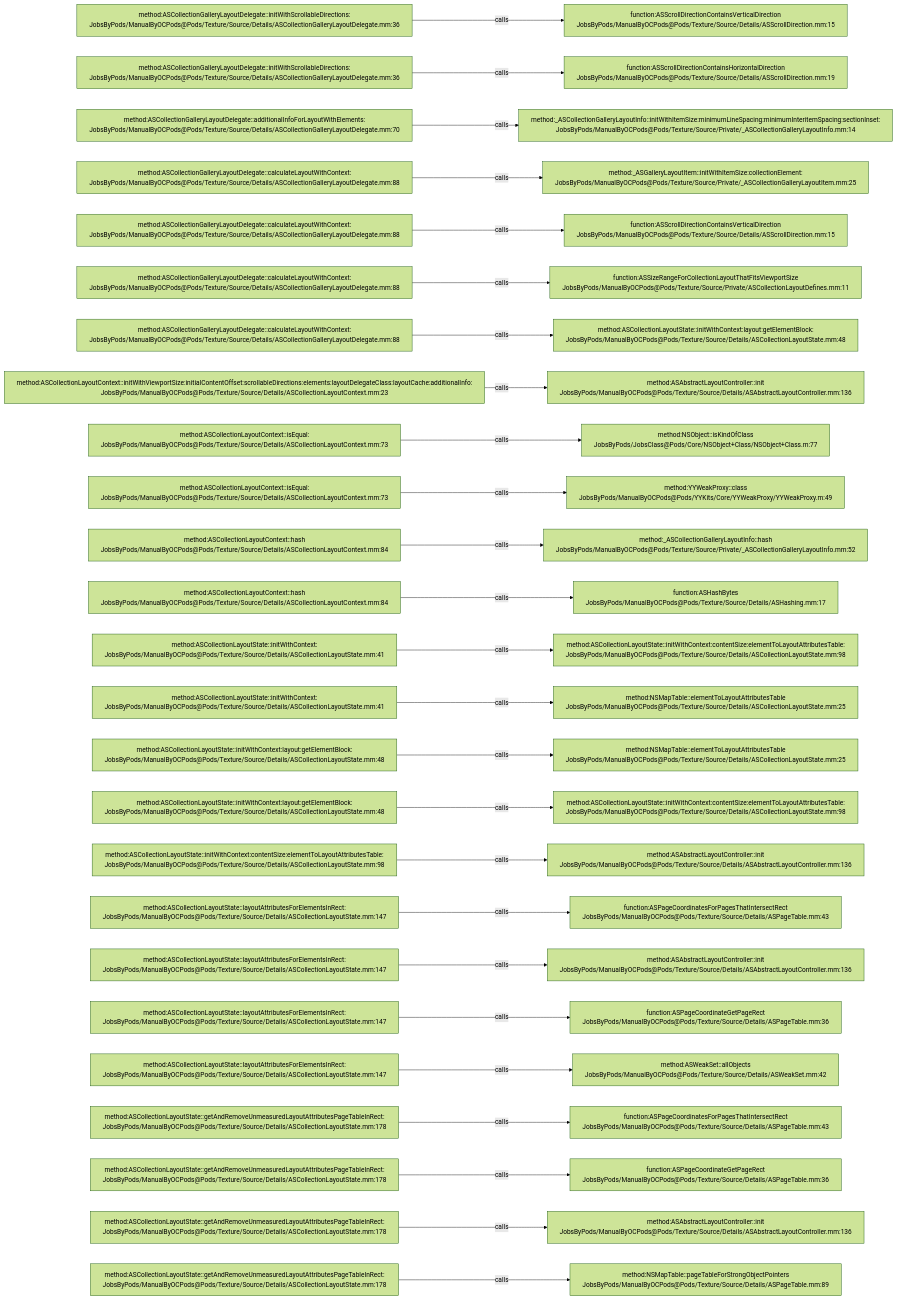
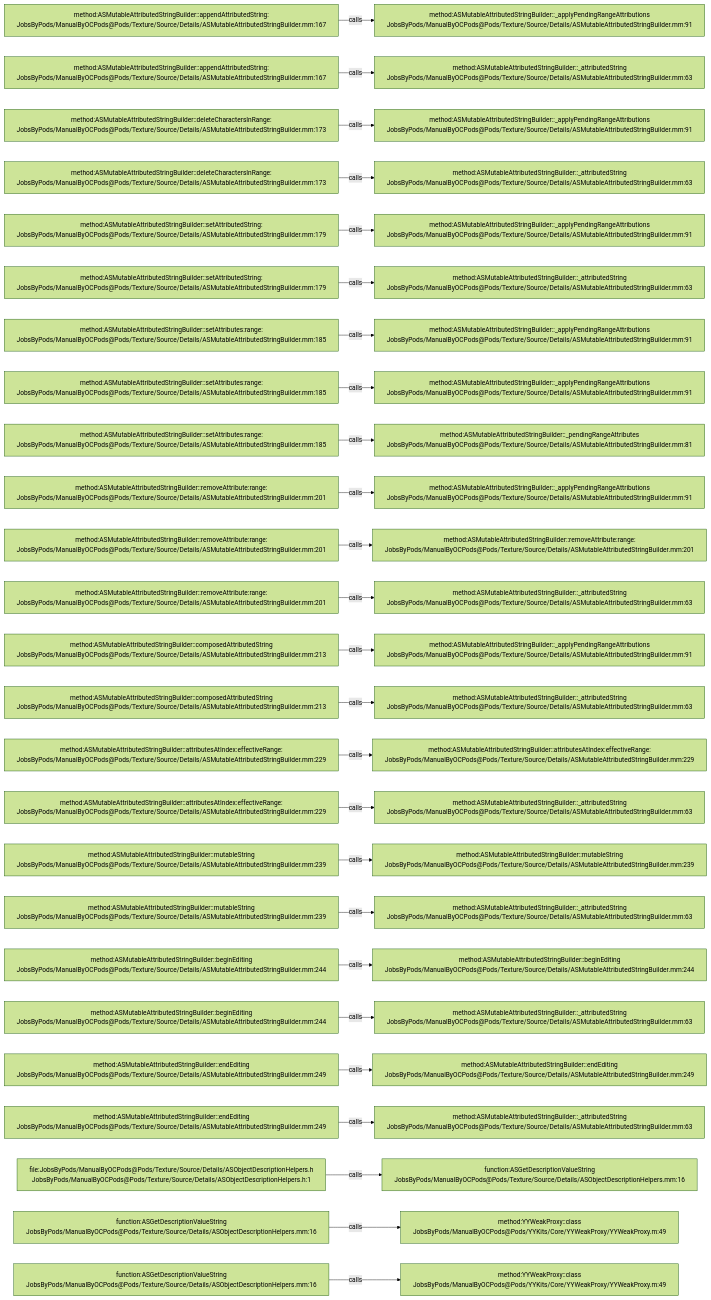
The diagram in .codegraph/codegraph.md/graphs/calls-144.md (JobsKits/JobsOCBaseConfigDemo), drawn with Mermaid (forest theme) before and after one commit. The commit also changed 2723 other files, not shown here.

````diff
--- a/.codegraph/codegraph.md/graphs/calls-144.md
+++ b/.codegraph/codegraph.md/graphs/calls-144.md
@@ -13,78 +13,78 @@
 ```mermaid
 flowchart LR
-  S1["method:ASCollectionGalleryLayoutDelegate::initWithScrollableDirections:<br/>JobsByPods/ManualByOCPods@Pods/Texture/Source/Details/ASCollectionGalleryLayoutDelegate.mm:36"]
-  T1["function:ASScrollDirectionContainsVerticalDirection<br/>JobsByPods/ManualByOCPods@Pods/Texture/Source/Details/ASScrollDirection.mm:15"]
+  S1["method:ASMutableAttributedStringBuilder::appendAttributedString:<br/>JobsByPods/ManualByOCPods@Pods/Texture/Source/Details/ASMutableAttributedStringBuilder.mm:167"]
+  T1["method:ASMutableAttributedStringBuilder::_applyPendingRangeAttributions<br/>JobsByPods/ManualByOCPods@Pods/Texture/Source/Details/ASMutableAttributedStringBuilder.mm:91"]
   S1 -->|calls| T1
-  S2["method:ASCollectionGalleryLayoutDelegate::initWithScrollableDirections:<br/>JobsByPods/ManualByOCPods@Pods/Texture/Source/Details/ASCollectionGalleryLayoutDelegate.mm:36"]
-  T2["function:ASScrollDirectionContainsHorizontalDirection<br/>JobsByPods/ManualByOCPods@Pods/Texture/Source/Details/ASScrollDirection.mm:19"]
+  S2["method:ASMutableAttributedStringBuilder::appendAttributedString:<br/>JobsByPods/ManualByOCPods@Pods/Texture/Source/Details/ASMutableAttributedStringBuilder.mm:167"]
+  T2["method:ASMutableAttributedStringBuilder::_attributedString<br/>JobsByPods/ManualByOCPods@Pods/Texture/Source/Details/ASMutableAttributedStringBuilder.mm:63"]
   S2 -->|calls| T2
-  S3["method:ASCollectionGalleryLayoutDelegate::additionalInfoForLayoutWithElements:<br/>JobsByPods/ManualByOCPods@Pods/Texture/Source/Details/ASCollectionGalleryLayoutDelegate.mm:70"]
-  T3["method:_ASCollectionGalleryLayoutInfo::initWithItemSize:minimumLineSpacing:minimumInteritemSpacing:sectionInset:<br/>JobsByPods/ManualByOCPods@Pods/Texture/Source/Private/_ASCollectionGalleryLayoutInfo.mm:14"]
+  S3["method:ASMutableAttributedStringBuilder::deleteCharactersInRange:<br/>JobsByPods/ManualByOCPods@Pods/Texture/Source/Details/ASMutableAttributedStringBuilder.mm:173"]
+  T3["method:ASMutableAttributedStringBuilder::_applyPendingRangeAttributions<br/>JobsByPods/ManualByOCPods@Pods/Texture/Source/Details/ASMutableAttributedStringBuilder.mm:91"]
   S3 -->|calls| T3
-  S4["method:ASCollectionGalleryLayoutDelegate::calculateLayoutWithContext:<br/>JobsByPods/ManualByOCPods@Pods/Texture/Source/Details/ASCollectionGalleryLayoutDelegate.mm:88"]
-  T4["method:_ASGalleryLayoutItem::initWithItemSize:collectionElement:<br/>JobsByPods/ManualByOCPods@Pods/Texture/Source/Private/_ASCollectionGalleryLayoutItem.mm:25"]
+  S4["method:ASMutableAttributedStringBuilder::deleteCharactersInRange:<br/>JobsByPods/ManualByOCPods@Pods/Texture/Source/Details/ASMutableAttributedStringBuilder.mm:173"]
+  T4["method:ASMutableAttributedStringBuilder::_attributedString<br/>JobsByPods/ManualByOCPods@Pods/Texture/Source/Details/ASMutableAttributedStringBuilder.mm:63"]
   S4 -->|calls| T4
-  S5["method:ASCollectionGalleryLayoutDelegate::calculateLayoutWithContext:<br/>JobsByPods/ManualByOCPods@Pods/Texture/Source/Details/ASCollectionGalleryLayoutDelegate.mm:88"]
-  T5["function:ASScrollDirectionContainsVerticalDirection<br/>JobsByPods/ManualByOCPods@Pods/Texture/Source/Details/ASScrollDirection.mm:15"]
+  S5["method:ASMutableAttributedStringBuilder::setAttributedString:<br/>JobsByPods/ManualByOCPods@Pods/Texture/Source/Details/ASMutableAttributedStringBuilder.mm:179"]
+  T5["method:ASMutableAttributedStringBuilder::_applyPendingRangeAttributions<br/>JobsByPods/ManualByOCPods@Pods/Texture/Source/Details/ASMutableAttributedStringBuilder.mm:91"]
   S5 -->|calls| T5
-  S6["method:ASCollectionGalleryLayoutDelegate::calculateLayoutWithContext:<br/>JobsByPods/ManualByOCPods@Pods/Texture/Source/Details/ASCollectionGalleryLayoutDelegate.mm:88"]
-  T6["function:ASSizeRangeForCollectionLayoutThatFitsViewportSize<br/>JobsByPods/ManualByOCPods@Pods/Texture/Source/Private/ASCollectionLayoutDefines.mm:11"]
+  S6["method:ASMutableAttributedStringBuilder::setAttributedString:<br/>JobsByPods/ManualByOCPods@Pods/Texture/Source/Details/ASMutableAttributedStringBuilder.mm:179"]
+  T6["method:ASMutableAttributedStringBuilder::_attributedString<br/>JobsByPods/ManualByOCPods@Pods/Texture/Source/Details/ASMutableAttributedStringBuilder.mm:63"]
   S6 -->|calls| T6
-  S7["method:ASCollectionGalleryLayoutDelegate::calculateLayoutWithContext:<br/>JobsByPods/ManualByOCPods@Pods/Texture/Source/Details/ASCollectionGalleryLayoutDelegate.mm:88"]
-  T7["method:ASCollectionLayoutState::initWithContext:layout:getElementBlock:<br/>JobsByPods/ManualByOCPods@Pods/Texture/Source/Details/ASCollectionLayoutState.mm:48"]
+  S7["method:ASMutableAttributedStringBuilder::setAttributes:range:<br/>JobsByPods/ManualByOCPods@Pods/Texture/Source/Details/ASMutableAttributedStringBuilder.mm:185"]
+  T7["method:ASMutableAttributedStringBuilder::_applyPendingRangeAttributions<br/>JobsByPods/ManualByOCPods@Pods/Texture/Source/Details/ASMutableAttributedStringBuilder.mm:91"]
   S7 -->|calls| T7
-  S8["method:ASCollectionLayoutContext::initWithViewportSize:initialContentOffset:scrollableDirections:elements:layoutDelegateClass:layoutCache:additionalInfo:<br/>JobsByPods/ManualByOCPods@Pods/Texture/Source/Details/ASCollectionLayoutContext.mm:23"]
-  T8["method:ASAbstractLayoutController::init<br/>JobsByPods/ManualByOCPods@Pods/Texture/Source/Details/ASAbstractLayoutController.mm:136"]
+  S8["method:ASMutableAttributedStringBuilder::setAttributes:range:<br/>JobsByPods/ManualByOCPods@Pods/Texture/Source/Details/ASMutableAttributedStringBuilder.mm:185"]
+  T8["method:ASMutableAttributedStringBuilder::_applyPendingRangeAttributions<br/>JobsByPods/ManualByOCPods@Pods/Texture/Source/Details/ASMutableAttributedStringBuilder.mm:91"]
   S8 -->|calls| T8
-  S9["method:ASCollectionLayoutContext::isEqual:<br/>JobsByPods/ManualByOCPods@Pods/Texture/Source/Details/ASCollectionLayoutContext.mm:73"]
-  T9["method:NSObject::isKindOfClass<br/>JobsByPods/JobsClass@Pods/Core/NSObject+Class/NSObject+Class.m:77"]
+  S9["method:ASMutableAttributedStringBuilder::setAttributes:range:<br/>JobsByPods/ManualByOCPods@Pods/Texture/Source/Details/ASMutableAttributedStringBuilder.mm:185"]
+  T9["method:ASMutableAttributedStringBuilder::_pendingRangeAttributes<br/>JobsByPods/ManualByOCPods@Pods/Texture/Source/Details/ASMutableAttributedStringBuilder.mm:81"]
   S9 -->|calls| T9
-  S10["method:ASCollectionLayoutContext::isEqual:<br/>JobsByPods/ManualByOCPods@Pods/Texture/Source/Details/ASCollectionLayoutContext.mm:73"]
-  T10["method:YYWeakProxy::class<br/>JobsByPods/ManualByOCPods@Pods/YYKits/Core/YYWeakProxy/YYWeakProxy.m:49"]
+  S10["method:ASMutableAttributedStringBuilder::removeAttribute:range:<br/>JobsByPods/ManualByOCPods@Pods/Texture/Source/Details/ASMutableAttributedStringBuilder.mm:201"]
+  T10["method:ASMutableAttributedStringBuilder::_applyPendingRangeAttributions<br/>JobsByPods/ManualByOCPods@Pods/Texture/Source/Details/ASMutableAttributedStringBuilder.mm:91"]
   S10 -->|calls| T10
-  S11["method:ASCollectionLayoutContext::hash<br/>JobsByPods/ManualByOCPods@Pods/Texture/Source/Details/ASCollectionLayoutContext.mm:84"]
-  T11["method:_ASCollectionGalleryLayoutInfo::hash<br/>JobsByPods/ManualByOCPods@Pods/Texture/Source/Private/_ASCollectionGalleryLayoutInfo.mm:52"]
+  S11["method:ASMutableAttributedStringBuilder::removeAttribute:range:<br/>JobsByPods/ManualByOCPods@Pods/Texture/Source/Details/ASMutableAttributedStringBuilder.mm:201"]
+  T11["method:ASMutableAttributedStringBuilder::removeAttribute:range:<br/>JobsByPods/ManualByOCPods@Pods/Texture/Source/Details/ASMutableAttributedStringBuilder.mm:201"]
   S11 -->|calls| T11
-  S12["method:ASCollectionLayoutContext::hash<br/>JobsByPods/ManualByOCPods@Pods/Texture/Source/Details/ASCollectionLayoutContext.mm:84"]
-  T12["function:ASHashBytes<br/>JobsByPods/ManualByOCPods@Pods/Texture/Source/Details/ASHashing.mm:17"]
+  S12["method:ASMutableAttributedStringBuilder::removeAttribute:range:<br/>JobsByPods/ManualByOCPods@Pods/Texture/Source/Details/ASMutableAttributedStringBuilder.mm:201"]
+  T12["method:ASMutableAttributedStringBuilder::_attributedString<br/>JobsByPods/ManualByOCPods@Pods/Texture/Source/Details/ASMutableAttributedStringBuilder.mm:63"]
   S12 -->|calls| T12
-  S13["method:ASCollectionLayoutState::initWithContext:<br/>JobsByPods/ManualByOCPods@Pods/Texture/Source/Details/ASCollectionLayoutState.mm:41"]
-  T13["method:ASCollectionLayoutState::initWithContext:contentSize:elementToLayoutAttributesTable:<br/>JobsByPods/ManualByOCPods@Pods/Texture/Source/Details/ASCollectionLayoutState.mm:98"]
+  S13["method:ASMutableAttributedStringBuilder::composedAttributedString<br/>JobsByPods/ManualByOCPods@Pods/Texture/Source/Details/ASMutableAttributedStringBuilder.mm:213"]
+  T13["method:ASMutableAttributedStringBuilder::_applyPendingRangeAttributions<br/>JobsByPods/ManualByOCPods@Pods/Texture/Source/Details/ASMutableAttributedStringBuilder.mm:91"]
   S13 -->|calls| T13
-  S14["method:ASCollectionLayoutState::initWithContext:<br/>JobsByPods/ManualByOCPods@Pods/Texture/Source/Details/ASCollectionLayoutState.mm:41"]
-  T14["method:NSMapTable::elementToLayoutAttributesTable<br/>JobsByPods/ManualByOCPods@Pods/Texture/Source/Details/ASCollectionLayoutState.mm:25"]
+  S14["method:ASMutableAttributedStringBuilder::composedAttributedString<br/>JobsByPods/ManualByOCPods@Pods/Texture/Source/Details/ASMutableAttributedStringBuilder.mm:213"]
+  T14["method:ASMutableAttributedStringBuilder::_attributedString<br/>JobsByPods/ManualByOCPods@Pods/Texture/Source/Details/ASMutableAttributedStringBuilder.mm:63"]
   S14 -->|calls| T14
-  S15["method:ASCollectionLayoutState::initWithContext:layout:getElementBlock:<br/>JobsByPods/ManualByOCPods@Pods/Texture/Source/Details/ASCollectionLayoutState.mm:48"]
-  T15["method:NSMapTable::elementToLayoutAttributesTable<br/>JobsByPods/ManualByOCPods@Pods/Texture/Source/Details/ASCollectionLayoutState.mm:25"]
+  S15["method:ASMutableAttributedStringBuilder::attributesAtIndex:effectiveRange:<br/>JobsByPods/ManualByOCPods@Pods/Texture/Source/Details/ASMutableAttributedStringBuilder.mm:229"]
+  T15["method:ASMutableAttributedStringBuilder::attributesAtIndex:effectiveRange:<br/>JobsByPods/ManualByOCPods@Pods/Texture/Source/Details/ASMutableAttributedStringBuilder.mm:229"]
   S15 -->|calls| T15
-  S16["method:ASCollectionLayoutState::initWithContext:layout:getElementBlock:<br/>JobsByPods/ManualByOCPods@Pods/Texture/Source/Details/ASCollectionLayoutState.mm:48"]
-  T16["method:ASCollectionLayoutState::initWithContext:contentSize:elementToLayoutAttributesTable:<br/>JobsByPods/ManualByOCPods@Pods/Texture/Source/Details/ASCollectionLayoutState.mm:98"]
+  S16["method:ASMutableAttributedStringBuilder::attributesAtIndex:effectiveRange:<br/>JobsByPods/ManualByOCPods@Pods/Texture/Source/Details/ASMutableAttributedStringBuilder.mm:229"]
+  T16["method:ASMutableAttributedStringBuilder::_attributedString<br/>JobsByPods/ManualByOCPods@Pods/Texture/Source/Details/ASMutableAttributedStringBuilder.mm:63"]
   S16 -->|calls| T16
-  S17["method:ASCollectionLayoutState::initWithContext:contentSize:elementToLayoutAttributesTable:<br/>JobsByPods/ManualByOCPods@Pods/Texture/Source/Details/ASCollectionLayoutState.mm:98"]
-  T17["method:ASAbstractLayoutController::init<br/>JobsByPods/ManualByOCPods@Pods/Texture/Source/Details/ASAbstractLayoutController.mm:136"]
+  S17["method:ASMutableAttributedStringBuilder::mutableString<br/>JobsByPods/ManualByOCPods@Pods/Texture/Source/Details/ASMutableAttributedStringBuilder.mm:239"]
+  T17["method:ASMutableAttributedStringBuilder::mutableString<br/>JobsByPods/ManualByOCPods@Pods/Texture/Source/Details/ASMutableAttributedStringBuilder.mm:239"]
   S17 -->|calls| T17
-  S18["method:ASCollectionLayoutState::layoutAttributesForElementsInRect:<br/>JobsByPods/ManualByOCPods@Pods/Texture/Source/Details/ASCollectionLayoutState.mm:147"]
-  T18["function:ASPageCoordinatesForPagesThatIntersectRect<br/>JobsByPods/ManualByOCPods@Pods/Texture/Source/Details/ASPageTable.mm:43"]
+  S18["method:ASMutableAttributedStringBuilder::mutableString<br/>JobsByPods/ManualByOCPods@Pods/Texture/Source/Details/ASMutableAttributedStringBuilder.mm:239"]
+  T18["method:ASMutableAttributedStringBuilder::_attributedString<br/>JobsByPods/ManualByOCPods@Pods/Texture/Source/Details/ASMutableAttributedStringBuilder.mm:63"]
   S18 -->|calls| T18
-  S19["method:ASCollectionLayoutState::layoutAttributesForElementsInRect:<br/>JobsByPods/ManualByOCPods@Pods/Texture/Source/Details/ASCollectionLayoutState.mm:147"]
-  T19["method:ASAbstractLayoutController::init<br/>JobsByPods/ManualByOCPods@Pods/Texture/Source/Details/ASAbstractLayoutController.mm:136"]
+  S19["method:ASMutableAttributedStringBuilder::beginEditing<br/>JobsByPods/ManualByOCPods@Pods/Texture/Source/Details/ASMutableAttributedStringBuilder.mm:244"]
+  T19["method:ASMutableAttributedStringBuilder::beginEditing<br/>JobsByPods/ManualByOCPods@Pods/Texture/Source/Details/ASMutableAttributedStringBuilder.mm:244"]
   S19 -->|calls| T19
-  S20["method:ASCollectionLayoutState::layoutAttributesForElementsInRect:<br/>JobsByPods/ManualByOCPods@Pods/Texture/Source/Details/ASCollectionLayoutState.mm:147"]
-  T20["function:ASPageCoordinateGetPageRect<br/>JobsByPods/ManualByOCPods@Pods/Texture/Source/Details/ASPageTable.mm:36"]
+  S20["method:ASMutableAttributedStringBuilder::beginEditing<br/>JobsByPods/ManualByOCPods@Pods/Texture/Source/Details/ASMutableAttributedStringBuilder.mm:244"]
+  T20["method:ASMutableAttributedStringBuilder::_attributedString<br/>JobsByPods/ManualByOCPods@Pods/Texture/Source/Details/ASMutableAttributedStringBuilder.mm:63"]
   S20 -->|calls| T20
-  S21["method:ASCollectionLayoutState::layoutAttributesForElementsInRect:<br/>JobsByPods/ManualByOCPods@Pods/Texture/Source/Details/ASCollectionLayoutState.mm:147"]
-  T21["method:ASWeakSet::allObjects<br/>JobsByPods/ManualByOCPods@Pods/Texture/Source/Details/ASWeakSet.mm:42"]
+  S21["method:ASMutableAttributedStringBuilder::endEditing<br/>JobsByPods/ManualByOCPods@Pods/Texture/Source/Details/ASMutableAttributedStringBuilder.mm:249"]
+  T21["method:ASMutableAttributedStringBuilder::endEditing<br/>JobsByPods/ManualByOCPods@Pods/Texture/Source/Details/ASMutableAttributedStringBuilder.mm:249"]
   S21 -->|calls| T21
-  S22["method:ASCollectionLayoutState::getAndRemoveUnmeasuredLayoutAttributesPageTableInRect:<br/>JobsByPods/ManualByOCPods@Pods/Texture/Source/Details/ASCollectionLayoutState.mm:178"]
-  T22["function:ASPageCoordinatesForPagesThatIntersectRect<br/>JobsByPods/ManualByOCPods@Pods/Texture/Source/Details/ASPageTable.mm:43"]
+  S22["method:ASMutableAttributedStringBuilder::endEditing<br/>JobsByPods/ManualByOCPods@Pods/Texture/Source/Details/ASMutableAttributedStringBuilder.mm:249"]
+  T22["method:ASMutableAttributedStringBuilder::_attributedString<br/>JobsByPods/ManualByOCPods@Pods/Texture/Source/Details/ASMutableAttributedStringBuilder.mm:63"]
   S22 -->|calls| T22
-  S23["method:ASCollectionLayoutState::getAndRemoveUnmeasuredLayoutAttributesPageTableInRect:<br/>JobsByPods/ManualByOCPods@Pods/Texture/Source/Details/ASCollectionLayoutState.mm:178"]
-  T23["function:ASPageCoordinateGetPageRect<br/>JobsByPods/ManualByOCPods@Pods/Texture/Source/Details/ASPageTable.mm:36"]
+  S23["file:JobsByPods/ManualByOCPods@Pods/Texture/Source/Details/ASObjectDescriptionHelpers.h<br/>JobsByPods/ManualByOCPods@Pods/Texture/Source/Details/ASObjectDescriptionHelpers.h:1"]
+  T23["function:ASGetDescriptionValueString<br/>JobsByPods/ManualByOCPods@Pods/Texture/Source/Details/ASObjectDescriptionHelpers.mm:16"]
   S23 -->|calls| T23
-  S24["method:ASCollectionLayoutState::getAndRemoveUnmeasuredLayoutAttributesPageTableInRect:<br/>JobsByPods/ManualByOCPods@Pods/Texture/Source/Details/ASCollectionLayoutState.mm:178"]
-  T24["method:ASAbstractLayoutController::init<br/>JobsByPods/ManualByOCPods@Pods/Texture/Source/Details/ASAbstractLayoutController.mm:136"]
+  S24["function:ASGetDescriptionValueString<br/>JobsByPods/ManualByOCPods@Pods/Texture/Source/Details/ASObjectDescriptionHelpers.mm:16"]
+  T24["method:YYWeakProxy::class<br/>JobsByPods/ManualByOCPods@Pods/YYKits/Core/YYWeakProxy/YYWeakProxy.m:49"]
   S24 -->|calls| T24
-  S25["method:ASCollectionLayoutState::getAndRemoveUnmeasuredLayoutAttributesPageTableInRect:<br/>JobsByPods/ManualByOCPods@Pods/Texture/Source/Details/ASCollectionLayoutState.mm:178"]
-  T25["method:NSMapTable::pageTableForStrongObjectPointers<br/>JobsByPods/ManualByOCPods@Pods/Texture/Source/Details/ASPageTable.mm:89"]
+  S25["function:ASGetDescriptionValueString<br/>JobsByPods/ManualByOCPods@Pods/Texture/Source/Details/ASObjectDescriptionHelpers.mm:16"]
+  T25["method:YYWeakProxy::class<br/>JobsByPods/ManualByOCPods@Pods/YYKits/Core/YYWeakProxy/YYWeakProxy.m:49"]
   S25 -->|calls| T25
 ```
````
